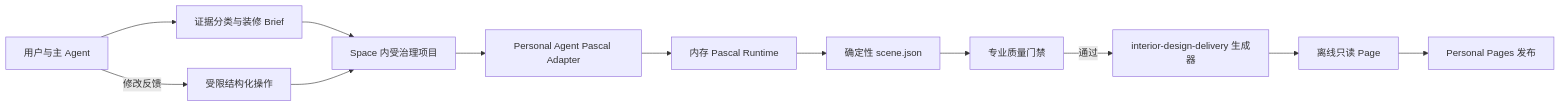
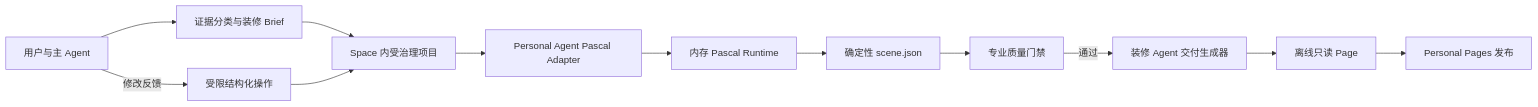
One commit to chenchen428/personal-agent-node changed the diagram in docs/professional-interior-design-agent.md. Above: the diagram before and after it, drawn with Mermaid. The commit also changed other lines of this file and 139 other files, not shown here.

````diff
--- a/docs/professional-interior-design-agent.md
+++ b/docs/professional-interior-design-agent.md
@@ -70,14 +70,14 @@
 ```mermaid
 flowchart LR
   U["用户与主 Agent"] --> E["证据分类与装修 Brief"]
   E --> P["Space 内受治理项目"]
   P --> A["Personal Agent Pascal Adapter"]
   A --> H["内存 Pascal Runtime"]
   H --> S["确定性 scene.json"]
   S --> Q["专业质量门禁"]
-  Q -->|通过| G["interior-design-delivery 生成器"]
+  Q -->|通过| G["装修 Agent 交付生成器"]
   G --> D["离线只读 Page"]
   D --> R["Personal Pages 发布"]
   U -->|修改反馈| O["受限结构化操作"]
   O --> P
 ```
````
